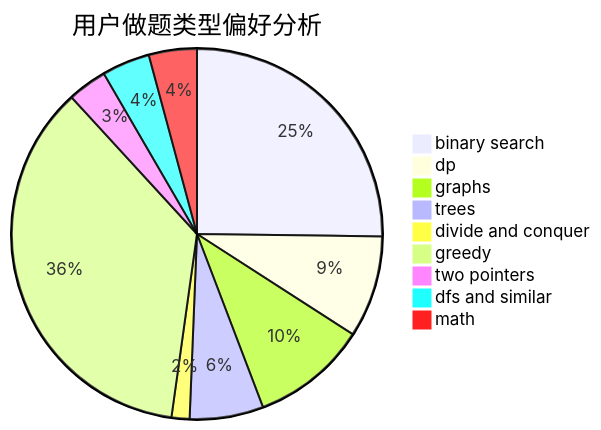
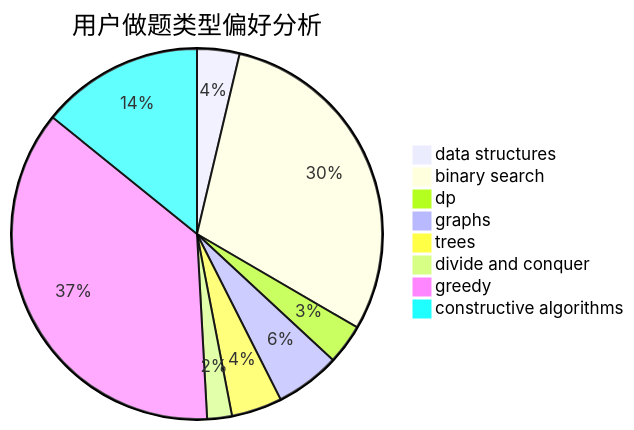
One commit to sherpahu/cfrs.github.io changed the second of 3 diagrams in docs/user/u449.md. Above: the diagram before and after it, drawn with Mermaid. The commit also changed other lines of this file and 2775 other files, not shown here.

````diff
--- a/docs/user/u449.md
+++ b/docs/user/u449.md
@@ -23,12 +23,11 @@
 ```mermaid
 pie title 用户做题类型偏好分析
-    "binary search" :  337
-    "dp" :  119
-    "graphs" :  135
-    "trees" :  86
+    "data structures" :  36
+    "binary search" :  289
+    "dp" :  34
+    "graphs" :  55
+    "trees" :  43
     "divide and conquer" :  21
-    "greedy" :  481
-    "two pointers" :  46
-    "dfs and similar" :  56
-    "math" :  56
+    "greedy" :  357
+    "constructive algorithms" :  138
 ```
````
